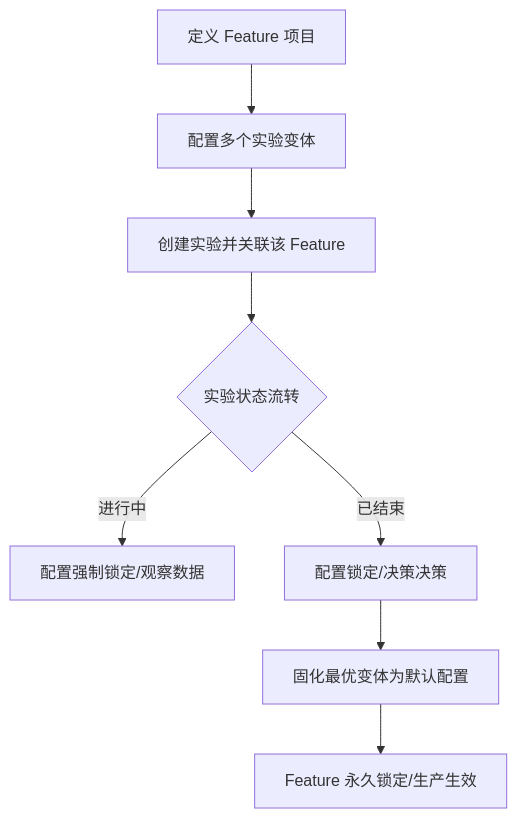
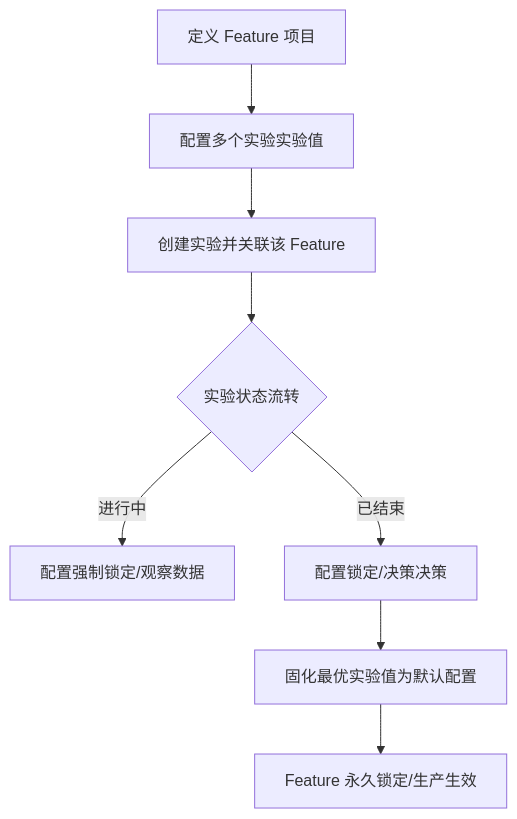
One commit to alexlife/ab changed the diagram in PRD_Feature_Management.md. Above: the diagram before and after it, drawn with Mermaid. The commit also changed other lines of this file and 32 other files, not shown here.

````diff
--- a/PRD_Feature_Management.md
+++ b/PRD_Feature_Management.md
@@ -50,10 +51,10 @@
 ```mermaid
 graph TD
-    A[定义 Feature 项目] --> B[配置多个实验变体]
+    A[定义 Feature 项目] --> B[配置多个实验实验值]
     B --> C[创建实验并关联该 Feature]
     C --> D{实验状态流转}
     D -- 进行中 --> E[配置强制锁定/观察数据]
     D -- 已结束 --> F[配置锁定/决策决策]
-    F --> G[固化最优变体为默认配置]
+    F --> G[固化最优实验值为默认配置]
     G --> H[Feature 永久锁定/生产生效]
 ```
````
